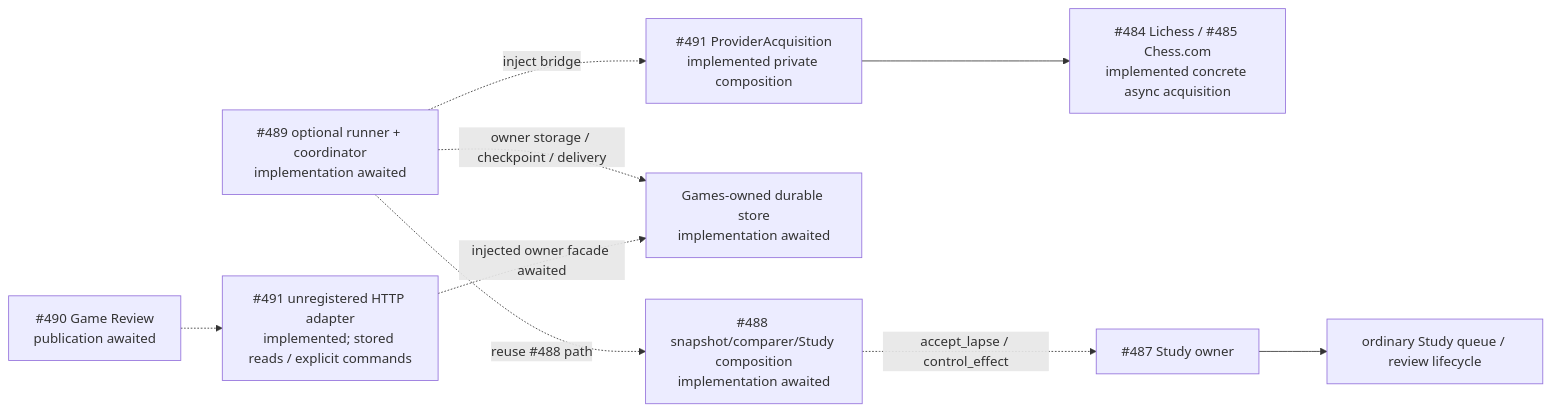
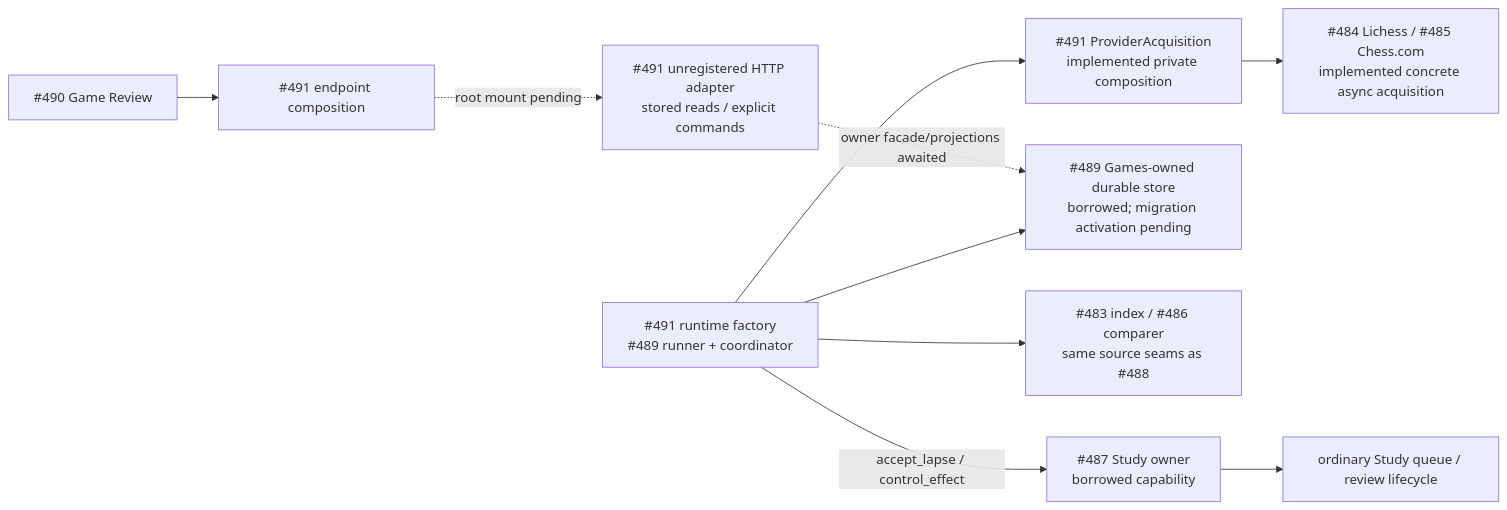
One commit to aaweaver-actuary/tempo changed the diagram in docs/product-v02/game-sync/README.md. Above: the diagram before and after it, drawn with Mermaid. The commit also changed other lines of this file and 3 other files, not shown here.

Commit message:
feat: compose published provider workflow and Study seams (#491)

````diff
--- a/docs/product-v02/game-sync/README.md
+++ b/docs/product-v02/game-sync/README.md
@@ -52,12 +75,13 @@
 ```mermaid
 flowchart LR
   Async["#484 Lichess / #485 Chess.com\nimplemented concrete async acquisition"]
   Bridge["#491 ProviderAcquisition\nimplemented private composition"] --> Async
-  Worker["#489 optional runner + coordinator\nimplementation awaited"] -. "inject bridge" .-> Bridge
-  Worker -. "owner storage / checkpoint / delivery" .-> Games["Games-owned durable store\nimplementation awaited"]
-  Worker -. "reuse #488 path" .-> Feedback["#488 snapshot/comparer/Study composition\nimplementation awaited"]
-  Feedback -. "accept_lapse / control_effect" .-> Study["#487 Study owner"]
-  UI["#490 Game Review\npublication awaited"] -.-> HTTP["#491 unregistered HTTP adapter\nimplemented; stored reads / explicit commands"]
-  HTTP -. "injected owner facade awaited" .-> Games
+  Worker["#491 runtime factory\n#489 runner + coordinator"] --> Bridge
+  Worker --> Games["#489 Games-owned durable store\nborrowed; migration activation pending"]
+  Worker --> Compare["#483 index / #486 comparer\nsame source seams as #488"]
+  Worker -->|"accept_lapse / control_effect"| Study["#487 Study owner\nborrowed capability"]
+  UI["#490 Game Review"] --> Client["#491 endpoint composition"]
+  Client -. "root mount pending" .-> HTTP["#491 unregistered HTTP adapter\nstored reads / explicit commands"]
+  HTTP -. "owner facade/projections awaited" .-> Games
   Study --> Queue["ordinary Study queue / review lifecycle"]
 ```
````
